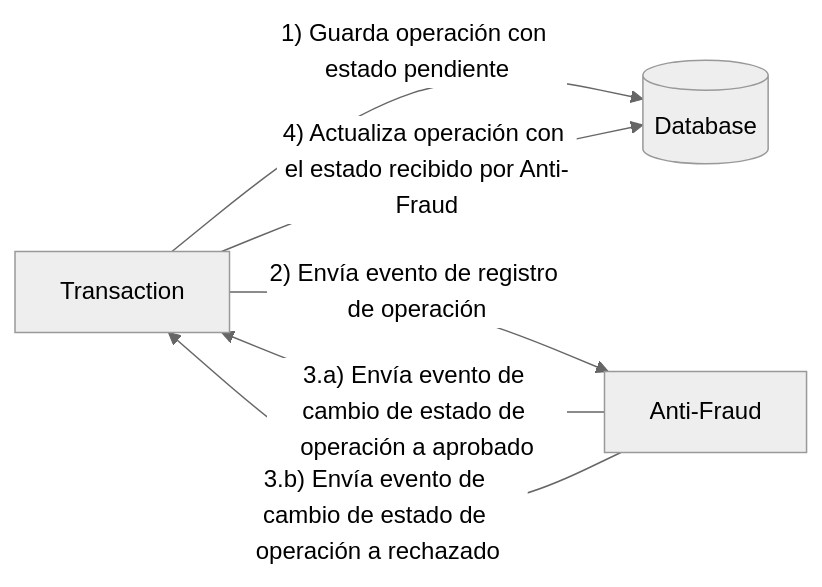
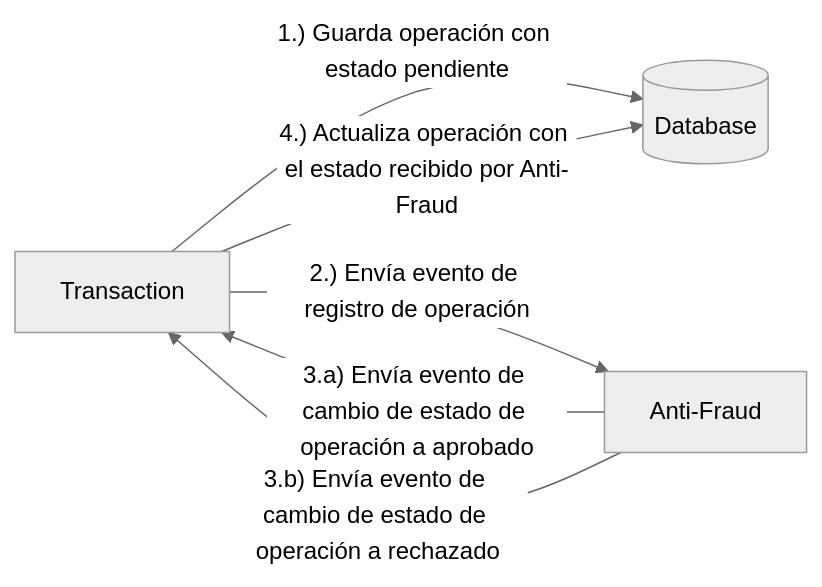
Before and after one commit to Interbank-Comex-e-Integracion/java-spring-challenge: the diagram in README.md, drawn with Mermaid (neutral theme).

````diff
--- a/README.md
+++ b/README.md
@@ -24,8 +24,8 @@
 ```mermaid
 flowchart LR
-  Transaction -- 1) Guarda operación con estado pendiente --> transactionDatabase[(Database)]
-  Transaction -- 2) Envía evento de registro de operación --> Anti-Fraud
+  Transaction -- 1.) Guarda operación con estado pendiente --> transactionDatabase[(Database)]
+  Transaction -- 2.) Envía evento de registro de operación --> Anti-Fraud
   Anti-Fraud -- 3.a) Envía evento de cambio de estado de operación a aprobado --> Transaction
   Anti-Fraud -- 3.b) Envía evento de cambio de estado de operación a rechazado --> Transaction
-  Transaction -- 4) Actualiza operación con el estado recibido por Anti-Fraud --> transactionDatabase[(Database)]
+  Transaction -- 4.) Actualiza operación con el estado recibido por Anti-Fraud --> transactionDatabase[(Database)]
 ```
````
